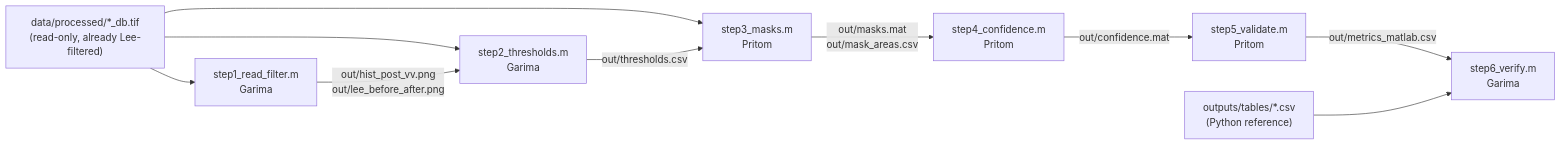
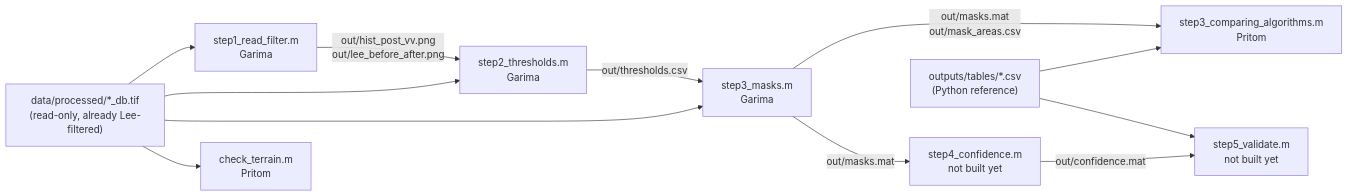
Before and after one commit to garimadevi/-divp-flood-mapping: the diagram in matlab/BUILD_GUIDE.md, drawn with Mermaid. The commit also changed other lines of this file and 17 other files, not shown here.

First line of the commit message:
matlab: step3 masks reproduce Python; kappa consumes masks.mat; ensemble_area.py

````diff
--- a/matlab/BUILD_GUIDE.md
+++ b/matlab/BUILD_GUIDE.md
@@ -116,13 +148,15 @@
 ```mermaid
 flowchart LR
     T["data/processed/*_db.tif<br/>(read-only, already Lee-filtered)"]
     T --> A["step1_read_filter.m<br/>Garima"]
     T --> B["step2_thresholds.m<br/>Garima"]
-    T --> C["step3_masks.m<br/>Pritom"]
+    T --> C["step3_masks.m<br/>Garima"]
+    T --> H["check_terrain.m<br/>Pritom"]
     A -->|"out/hist_post_vv.png<br/>out/lee_before_after.png"| B
     B -->|"out/thresholds.csv"| C
-    C -->|"out/masks.mat<br/>out/mask_areas.csv"| D["step4_confidence.m<br/>Pritom"]
-    D -->|"out/confidence.mat"| E["step5_validate.m<br/>Pritom"]
-    E -->|"out/metrics_matlab.csv"| F["step6_verify.m<br/>Garima"]
-    G["outputs/tables/*.csv<br/>(Python reference)"] --> F
+    C -->|"out/masks.mat<br/>out/mask_areas.csv"| D["step3_comparing_algorithms.m<br/>Pritom"]
+    C -->|"out/masks.mat"| E["step4_confidence.m<br/>not built yet"]
+    E -->|"out/confidence.mat"| F["step5_validate.m<br/>not built yet"]
+    G["outputs/tables/*.csv<br/>(Python reference)"] --> D
+    G --> F
 ```
````
